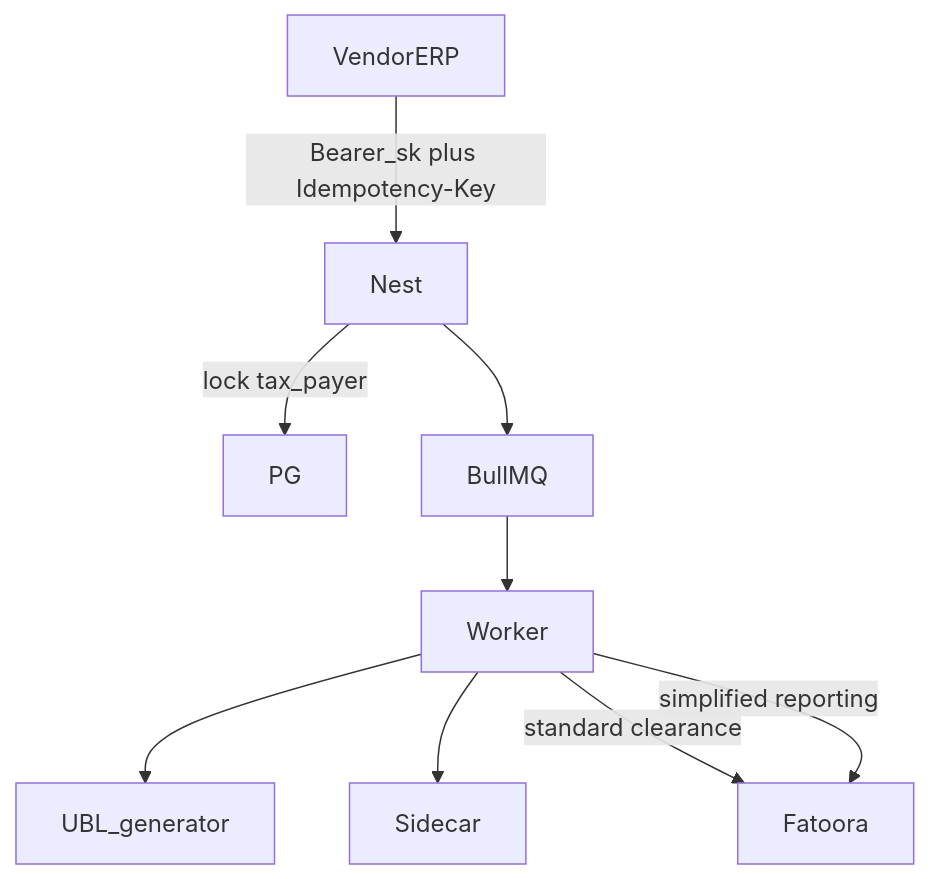
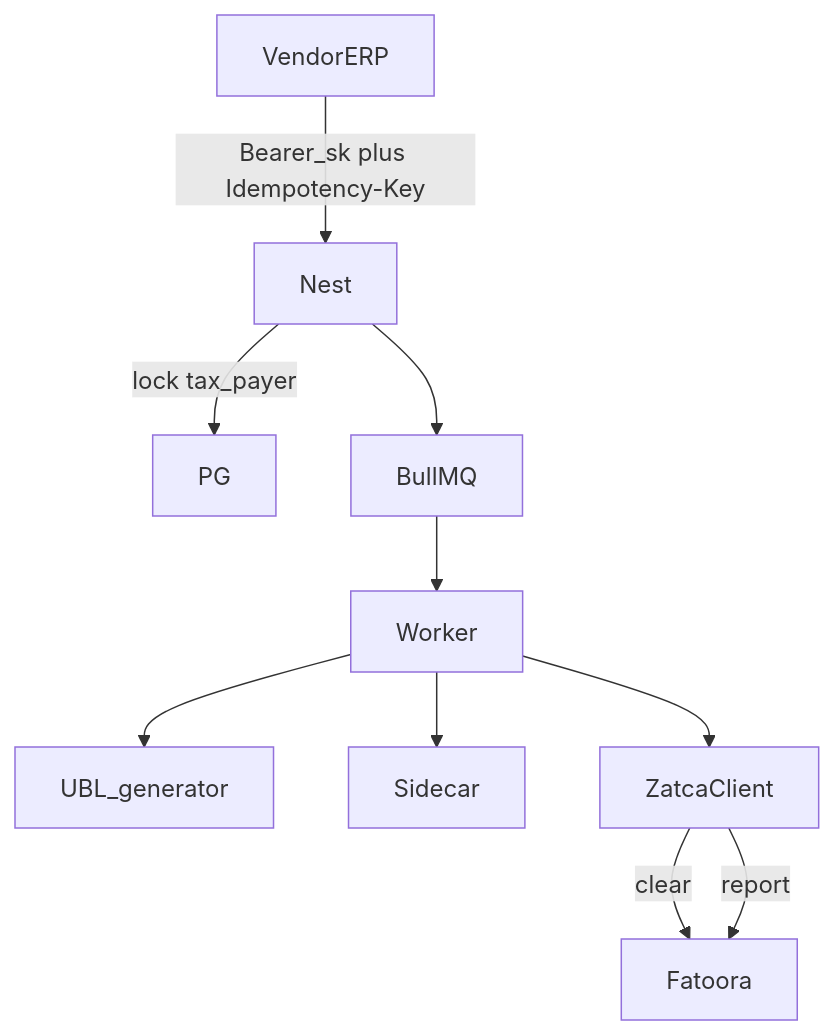
The diagram in plan/phase-four.md (anter0101/zatca-gateway-public), drawn with Mermaid before and after one commit. The commit also changed other lines of this file and 11 other files, not shown here.

````diff
--- a/plan/phase-four.md
+++ b/plan/phase-four.md
@@ -19,11 +19,12 @@
 ```mermaid
 flowchart TB
   ERP[VendorERP] -->|Bearer_sk plus Idempotency-Key| Nest
   Nest -->|lock tax_payer| PG
   Nest --> Queue[BullMQ]
   Queue --> Worker
   Worker --> Gen[UBL_generator]
   Worker --> Sidecar
-  Worker -->|standard clearance| Fatoora
-  Worker -->|simplified reporting| Fatoora
+  Worker --> Client[ZatcaClient]
+  Client -->|clear| Fatoora
+  Client -->|report| Fatoora
 ```
````
